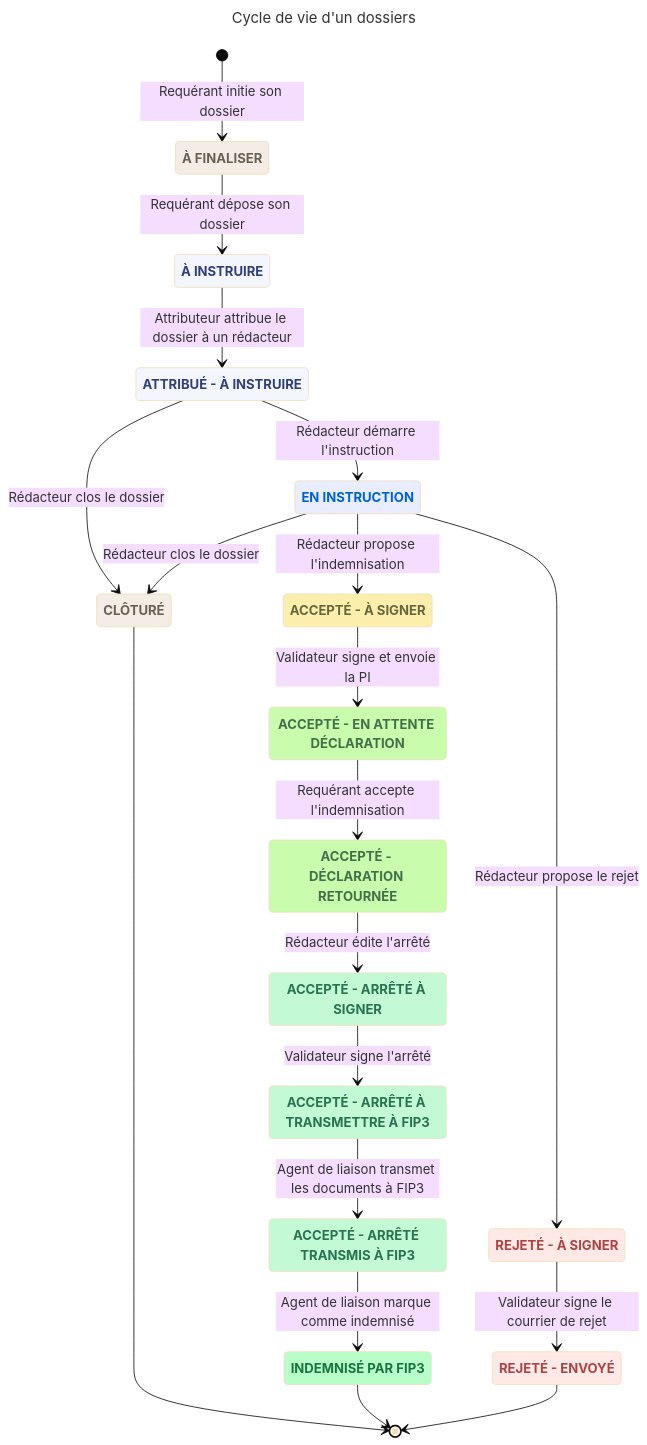
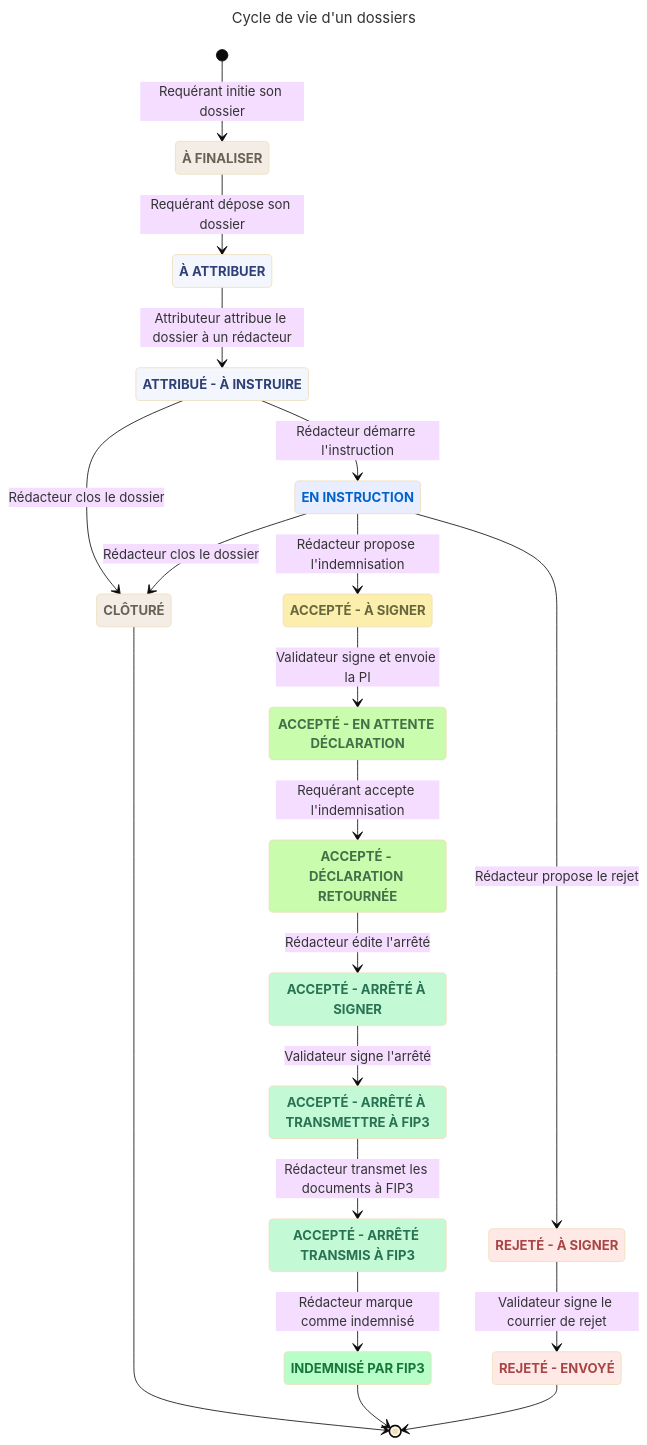
The diagram in docs/004-Cycle de vie d'un dossier.md (betagouv/mon-indemnisation-justice), drawn with Mermaid (base theme) before and after one commit. The commit also changed 5 other files, not shown here.

````diff
--- a/docs/004-Cycle de vie d'un dossier.md
+++ b/docs/004-Cycle de vie d'un dossier.md
@@ -30,56 +30,56 @@
 ```mermaid
 ---
 title: Cycle de vie d'un dossiers
 ---
 stateDiagram-v2
     direction TB
 
     classDef a_finaliser font-weight:bold,text-transform:uppercase,color:#6a6156,fill:#f3ede5
     classDef a_attribuer font-weight:bold,text-transform:uppercase,color:#2f4077,fill:#f4f6fe
     classDef a_instruire font-weight:bold,text-transform:uppercase,color:#2f4077,fill:#f4f6fe
     classDef en_instruction font-weight:bold,text-transform:uppercase,color:#0063cb,fill:#e8edff
     classDef cloture font-weight:bold,text-transform:uppercase,color:#6a6156,fill:#f3ede5
     classDef ok_a_signer font-weight:bold,text-transform:uppercase,color:#66673d,fill:#fceeac
     classDef ok_a_approuver font-weight:bold,text-transform:uppercase,color:#447049,fill:#c9fcac
     classDef ok_a_verifier font-weight:bold,text-transform:uppercase,color:#447049,fill:#c9fcac
     classDef ok_verifie font-weight:bold,text-transform:uppercase,color:#297254,fill:#c3fad5
     classDef ok_a_indemniser font-weight:bold,text-transform:uppercase,color:#297254,fill:#c3fad5
     classDef ok_en_attente_paiement font-weight:bold,text-transform:uppercase,color:#297254,fill:#c3fad5
     classDef ok_indemnise font-weight:bold,text-transform:uppercase,color:#18753c,fill:#b8fec9
     classDef ko_a_signer font-weight:bold,text-transform:uppercase,color:#a94645,fill:#fee9e7
     classDef ko_rejete font-weight:bold,text-transform:uppercase,color:#ce0500,fill:#ffe9e9
 
     A_FINALISER: À finaliser
-    A_ATTRIBUER: À instruire
+    A_ATTRIBUER: À attribuer
     A_INSTRUIRE: Attribué - à instruire
     EN_INSTRUCTION: En instruction
     CLOTURE: Clôturé
     OK_A_SIGNER: Accepté - à signer
     OK_A_APPROUVER: Accepté - en attente déclaration
     OK_A_VERIFIER: Accepté - déclaration retournée
     OK_VERIFIE: Accepté - arrêté à signer
     OK_A_INDEMNISER: Accepté - arrêté à transmettre à FIP3
     OK_EN_ATTENTE_PAIEMENT: Accepté - arrêté transmis à FIP3
     OK_INDEMNISE: Indemnisé par FIP3
     KO_A_SIGNER: Rejeté - à signer
     KO_REJETE: Rejeté - envoyé
 
     [*] --> A_FINALISER :::a_finaliser : Requérant initie son dossier
-    A_FINALISER --> A_ATTRIBUER ::: a_instruire : Requérant dépose son dossier
+    A_FINALISER --> A_ATTRIBUER ::: a_attribuer : Requérant dépose son dossier
     A_ATTRIBUER --> A_INSTRUIRE ::: a_instruire : Attributeur attribue le dossier à un rédacteur
     A_INSTRUIRE --> EN_INSTRUCTION ::: en_instruction : Rédacteur démarre l'instruction
     A_INSTRUIRE --> CLOTURE ::: cloture : Rédacteur clos le dossier
     EN_INSTRUCTION --> CLOTURE ::: cloture : Rédacteur clos le dossier
     CLOTURE --> [*]
     EN_INSTRUCTION --> OK_A_SIGNER ::: ok_a_signer : Rédacteur propose l'indemnisation
     OK_A_SIGNER --> OK_A_APPROUVER ::: ok_a_approuver : Validateur signe et envoie la PI
     OK_A_APPROUVER --> OK_A_VERIFIER ::: ok_a_verifier : Requérant accepte l'indemnisation
     OK_A_VERIFIER --> OK_VERIFIE ::: ok_verifie : Rédacteur édite l'arrêté
     OK_VERIFIE --> OK_A_INDEMNISER ::: ok_a_indemniser : Validateur signe l'arrêté
-    OK_A_INDEMNISER --> OK_EN_ATTENTE_PAIEMENT ::: ok_en_attente_paiement : Agent de liaison transmet les documents à FIP3
-    OK_EN_ATTENTE_PAIEMENT --> OK_INDEMNISE ::: ok_indemnise : Agent de liaison marque comme indemnisé
+    OK_A_INDEMNISER --> OK_EN_ATTENTE_PAIEMENT ::: ok_en_attente_paiement : Rédacteur transmet les documents à FIP3
+    OK_EN_ATTENTE_PAIEMENT --> OK_INDEMNISE ::: ok_indemnise : Rédacteur marque comme indemnisé
     OK_INDEMNISE --> [*]
     EN_INSTRUCTION --> KO_A_SIGNER ::: ko_a_signer : Rédacteur propose le rejet
     KO_A_SIGNER --> KO_REJETE ::: ko_a_signer : Validateur signe le courrier de rejet
     KO_REJETE --> [*]
 ```
````
